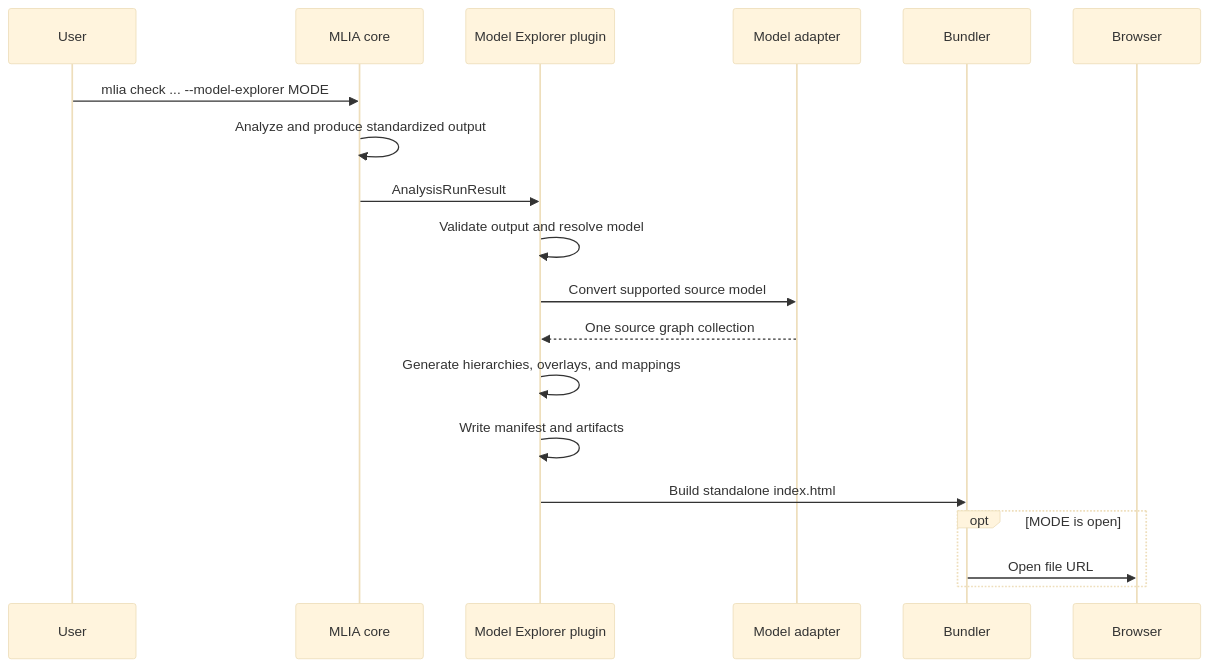
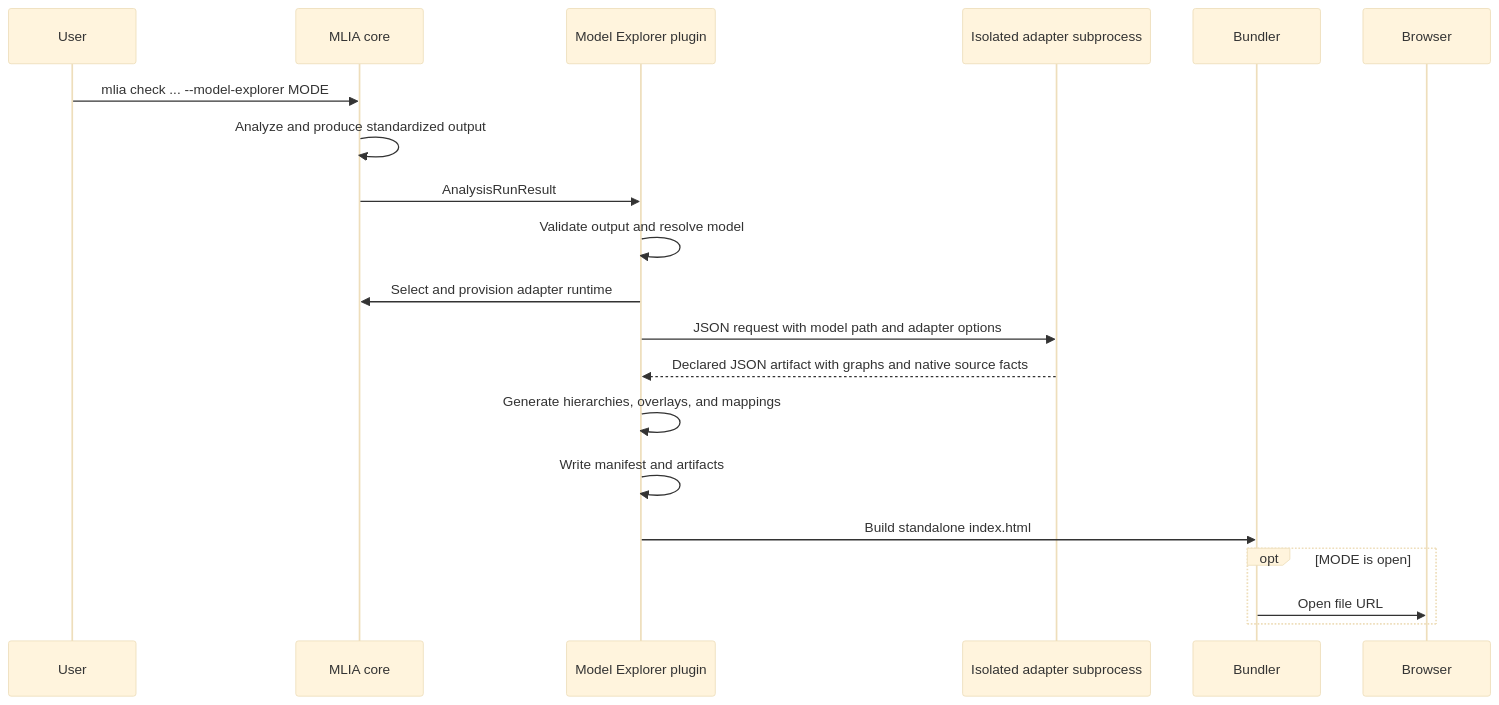
Before and after one commit to arm/mlia-model-explorer: the diagram in docs/source/execution_flow.md, drawn with Mermaid (base theme). The commit also changed 37 other files, not shown here.

````diff
--- a/docs/source/execution_flow.md
+++ b/docs/source/execution_flow.md
@@ -11,22 +11,23 @@
 ```mermaid
 sequenceDiagram
     participant U as User
     participant M as MLIA core
     participant P as Model Explorer plugin
-    participant A as Model adapter
+    participant A as Isolated adapter subprocess
     participant B as Bundler
     participant R as Browser
 
     U->>M: mlia check ... --model-explorer MODE
     M->>M: Analyze and produce standardized output
     M->>P: AnalysisRunResult
     P->>P: Validate output and resolve model
-    P->>A: Convert supported source model
-    A-->>P: One source graph collection
+    P->>M: Select and provision adapter runtime
+    P->>A: JSON request with model path and adapter options
+    A-->>P: Declared JSON artifact with graphs and native source facts
     P->>P: Generate hierarchies, overlays, and mappings
     P->>P: Write manifest and artifacts
     P->>B: Build standalone index.html
     opt MODE is open
         B->>R: Open file URL
     end
 ```
````
